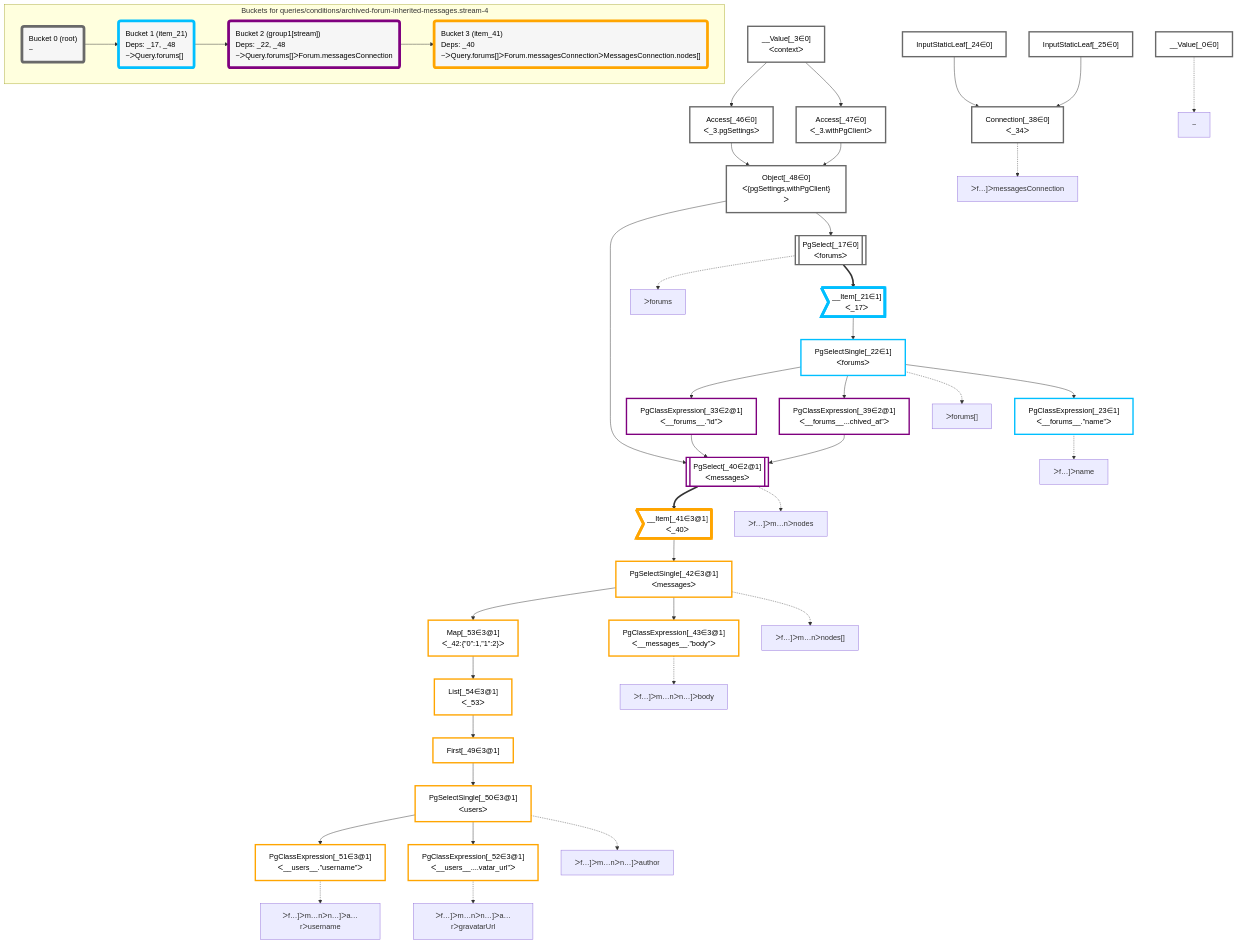
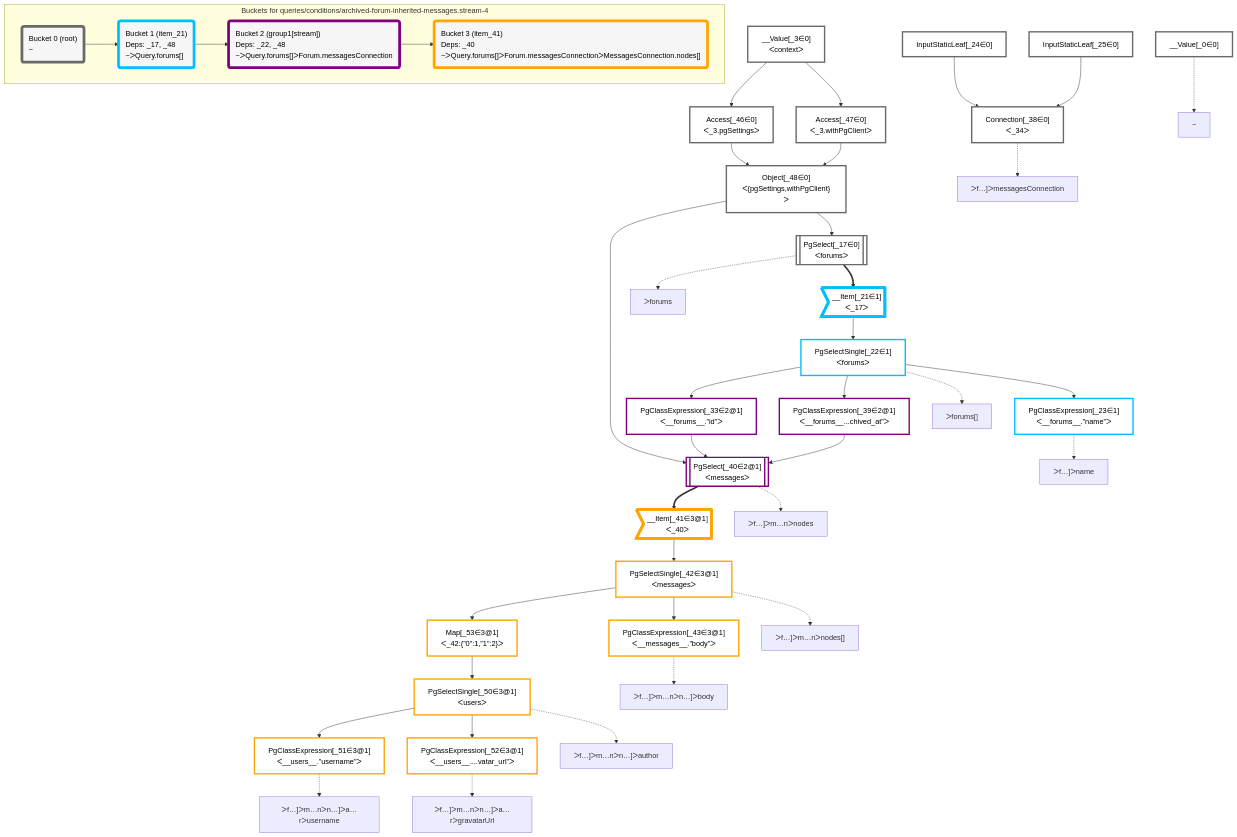
Before and after one commit to graphile/crystal: the diagram in packages/dataplan-pg/__tests__/queries/conditions/archived-forum-inherited-messages.stream-4.mermaid.md, drawn with Mermaid. The commit also changed 67 other files, not shown here.

```diff
--- a/packages/dataplan-pg/__tests__/queries/conditions/archived-forum-inherited-messages.stream-4.mermaid.md
+++ b/packages/dataplan-pg/__tests__/queries/conditions/archived-forum-inherited-messages.stream-4.mermaid.md
@@ -26,12 +26,10 @@
     Access_46["Access[_46∈0]<br />ᐸ_3.pgSettingsᐳ"]:::plan
     Access_47["Access[_47∈0]<br />ᐸ_3.withPgClientᐳ"]:::plan
     Object_48["Object[_48∈0]<br />ᐸ{pgSettings,withPgClient}ᐳ"]:::plan
-    First_49["First[_49∈3@1]"]:::plan
     PgSelectSingle_50["PgSelectSingle[_50∈3@1]<br />ᐸusersᐳ"]:::plan
     PgClassExpression_51["PgClassExpression[_51∈3@1]<br />ᐸ__users__.”username”ᐳ"]:::plan
     PgClassExpression_52["PgClassExpression[_52∈3@1]<br />ᐸ__users__....vatar_url”ᐳ"]:::plan
     Map_53["Map[_53∈3@1]<br />ᐸ_42:{”0”:1,”1”:2}ᐳ"]:::plan
-    List_54["List[_54∈3@1]<br />ᐸ_53ᐳ"]:::plan
 
     %% plan dependencies
     Object_48 --> PgSelect_17
@@ -52,12 +50,10 @@
     __Value_3 --> Access_47
     Access_46 --> Object_48
     Access_47 --> Object_48
-    List_54 --> First_49
-    First_49 --> PgSelectSingle_50
+    Map_53 --> PgSelectSingle_50
     PgSelectSingle_50 --> PgClassExpression_51
     PgSelectSingle_50 --> PgClassExpression_52
     PgSelectSingle_42 --> Map_53
-    Map_53 --> List_54
 
     %% plan-to-path relationships
     P_0["~"]
@@ -91,7 +87,7 @@
     classDef bucket2 stroke:#7f007f
     class PgClassExpression_33,PgClassExpression_39,PgSelect_40 bucket2
     classDef bucket3 stroke:#ffa500
-    class __Item_41,PgSelectSingle_42,PgClassExpression_43,First_49,PgSelectSingle_50,PgClassExpression_51,PgClassExpression_52,Map_53,List_54 bucket3
+    class __Item_41,PgSelectSingle_42,PgClassExpression_43,PgSelectSingle_50,PgClassExpression_51,PgClassExpression_52,Map_53 bucket3
 
     subgraph "Buckets for queries/conditions/archived-forum-inherited-messages.stream-4"
     Bucket0("Bucket 0 (root)<br />~"):::bucket
```
